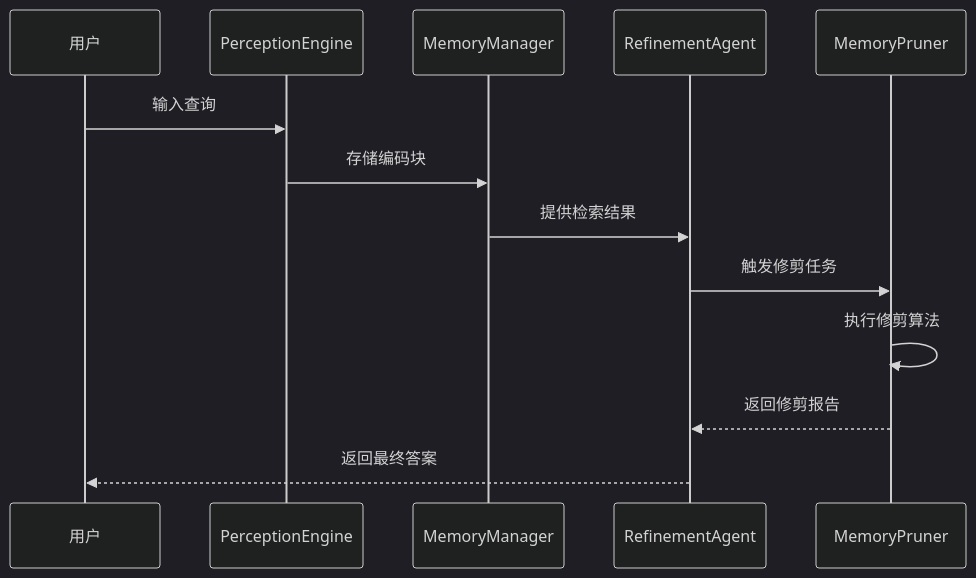
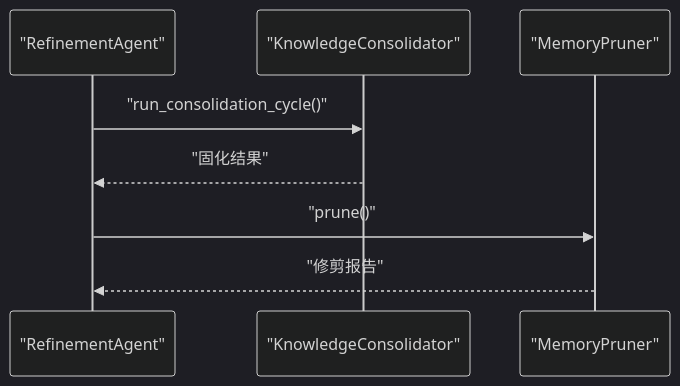
Before and after one commit to JieGaoPrinceton/NecoRAG: the sixth of 7 diagrams in .qoder/repowiki/zh/content/巩固层模块/记忆修剪系统.md, drawn with Mermaid (dark theme). The commit also changed other lines of this file and 181 other files, not shown here.

````diff
--- a/.qoder/repowiki/zh/content/巩固层模块/记忆修剪系统.md
+++ b/.qoder/repowiki/zh/content/巩固层模块/记忆修剪系统.md
@@ -436,15 +220,10 @@
 ```mermaid
 sequenceDiagram
-participant User as 用户
-participant PE as PerceptionEngine
-participant MM as MemoryManager
-participant RA as RefinementAgent
-participant MP as MemoryPruner
-User->>PE : 输入查询
-PE->>MM : 存储编码块
-MM->>RA : 提供检索结果
-RA->>MP : 触发修剪任务
-MP->>MP : 执行修剪算法
-MP-->>RA : 返回修剪报告
-RA-->>User : 返回最终答案
+participant RA as "RefinementAgent"
+participant KC as "KnowledgeConsolidator"
+participant MP as "MemoryPruner"
+RA->>KC : "run_consolidation_cycle()"
+KC-->>RA : "固化结果"
+RA->>MP : "prune()"
+MP-->>RA : "修剪报告"
 ```
````
